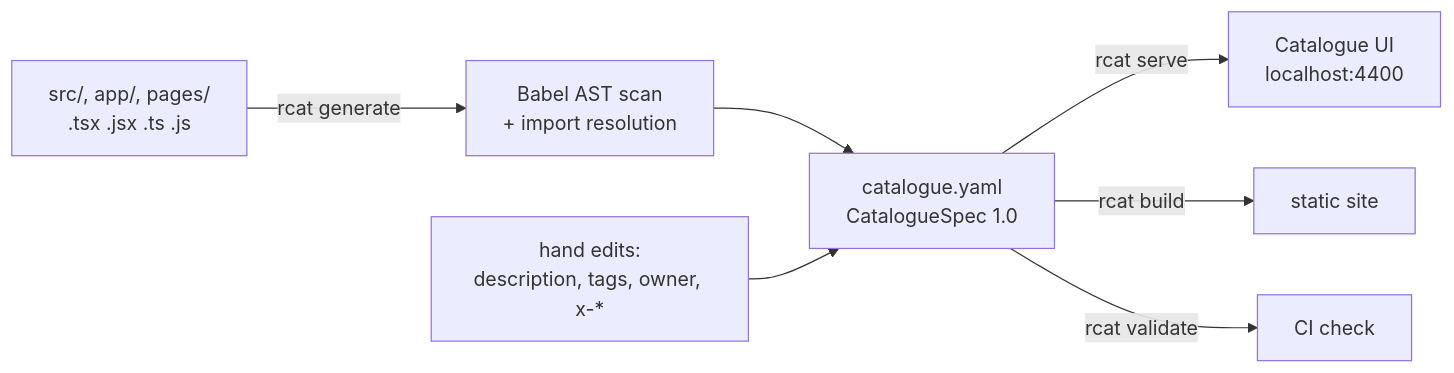
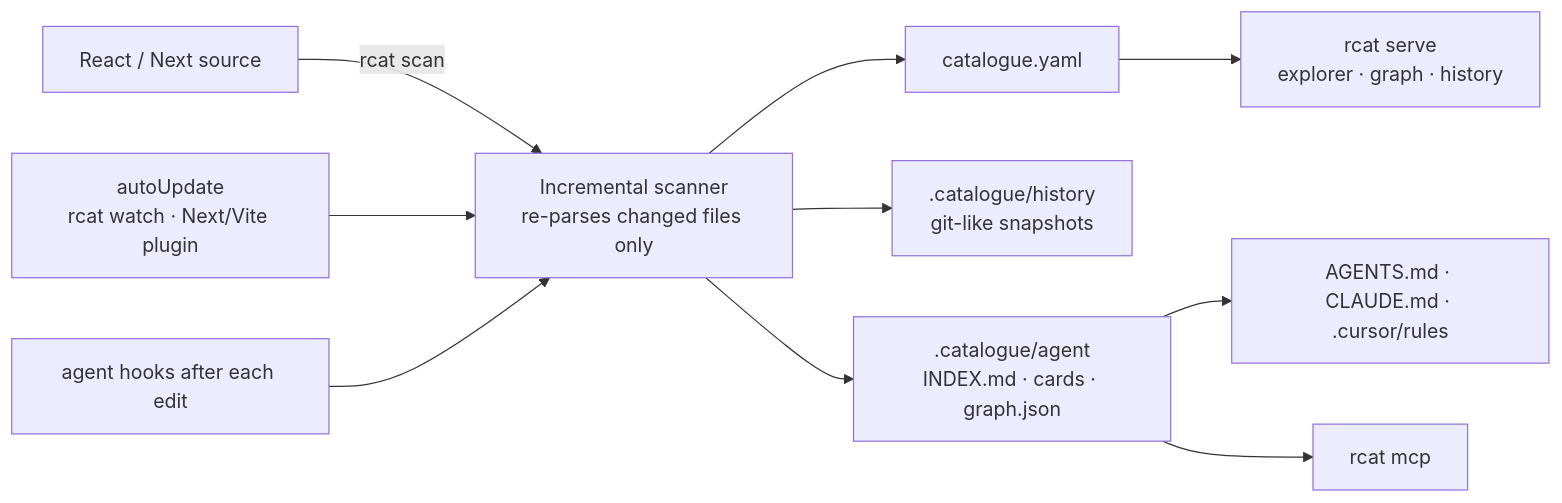
The diagram in README.md (Prathmesh2000/frontdex), drawn with Mermaid before and after one commit. The commit also changed other lines of this file and 192 other files, not shown here.

First line of the commit message:
Page-first catalogue with deep component insights, history and agent layer

````diff
--- a/README.md
+++ b/README.md
@@ -9,9 +10,12 @@
 ```mermaid
 flowchart LR
-  Src["src/, app/, pages/<br/>.tsx .jsx .ts .js"] -->|rcat generate| Scan[Babel AST scan<br/>+ import resolution]
-  Scan --> Yaml[catalogue.yaml<br/>CatalogueSpec 1.0]
-  Edit[hand edits:<br/>description, tags, owner, x-*] --> Yaml
-  Yaml -->|rcat serve| UI[Catalogue UI<br/>localhost:4400]
-  Yaml -->|rcat build| Static[static site]
-  Yaml -->|rcat validate| CI[CI check]
+  Src[React / Next source] -->|rcat scan| Scan[Incremental scanner<br/>re-parses changed files only]
+  Auto["autoUpdate<br/>rcat watch · Next/Vite plugin"] --> Scan
+  Scan --> Yaml[catalogue.yaml]
+  Scan --> Hist[.catalogue/history<br/>git-like snapshots]
+  Scan --> Agent[.catalogue/agent<br/>INDEX.md · cards · graph.json]
+  Yaml --> UI[rcat serve<br/>explorer · graph · history]
+  Agent --> Rules[AGENTS.md · CLAUDE.md · .cursor/rules]
+  Agent --> MCP[rcat mcp]
+  Hooks[agent hooks after each edit] --> Scan
 ```
````
